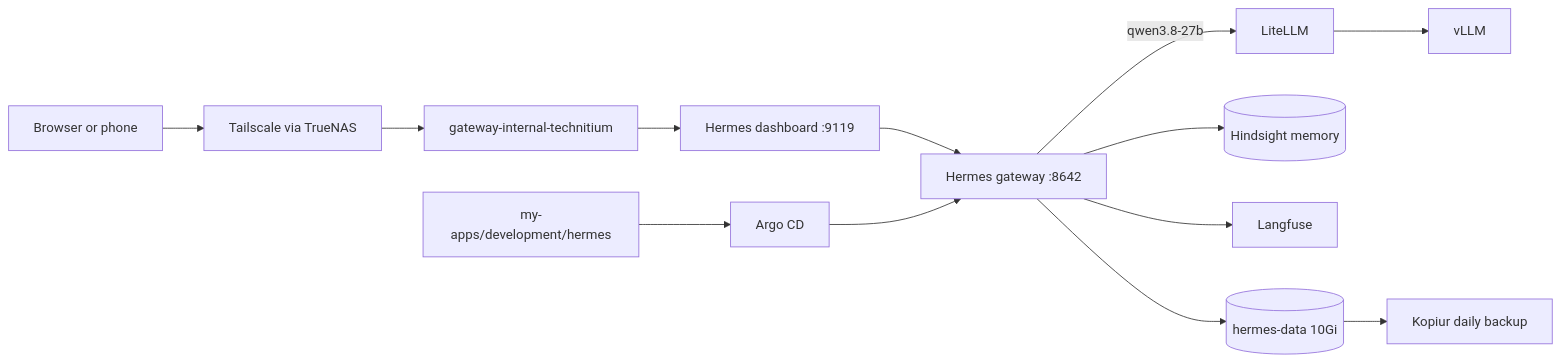
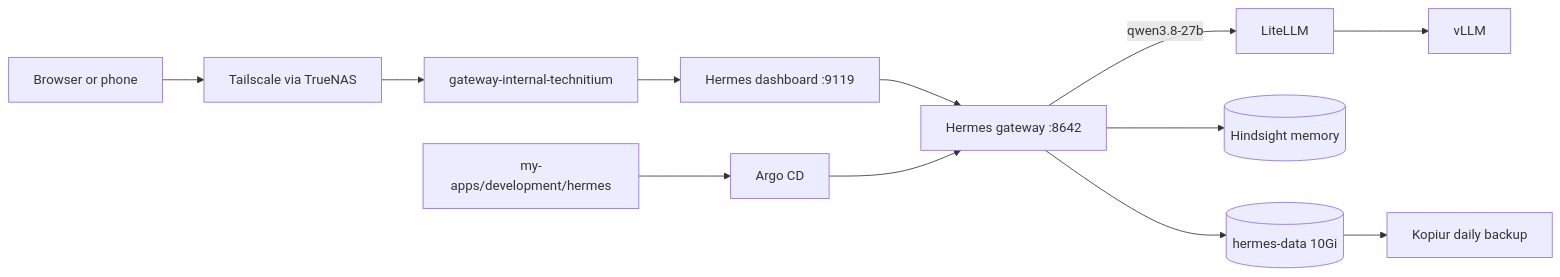
The diagram in docs/domains/ai-gpu/hermes.md (mitchross/talos-argocd-proxmox), drawn with Mermaid before and after one commit. The commit also changed other lines of this file and 5 other files, not shown here.

````diff
--- a/docs/domains/ai-gpu/hermes.md
+++ b/docs/domains/ai-gpu/hermes.md
@@ -12,10 +12,9 @@
 ```mermaid
 flowchart LR
     Client[Browser or phone] --> TS[Tailscale via TrueNAS] --> GW[gateway-internal-technitium] --> Dash[Hermes dashboard :9119]
     Dash --> Gateway[Hermes gateway :8642]
     Gateway -->|qwen3.8-27b| LiteLLM --> vLLM
     Gateway --> Hindsight[(Hindsight memory)]
-    Gateway --> Langfuse
     Git[my-apps/development/hermes] --> Argo[Argo CD] --> Gateway
     Gateway --> Vol[(hermes-data 10Gi)] --> Kopiur[Kopiur daily backup]
 ```
````
